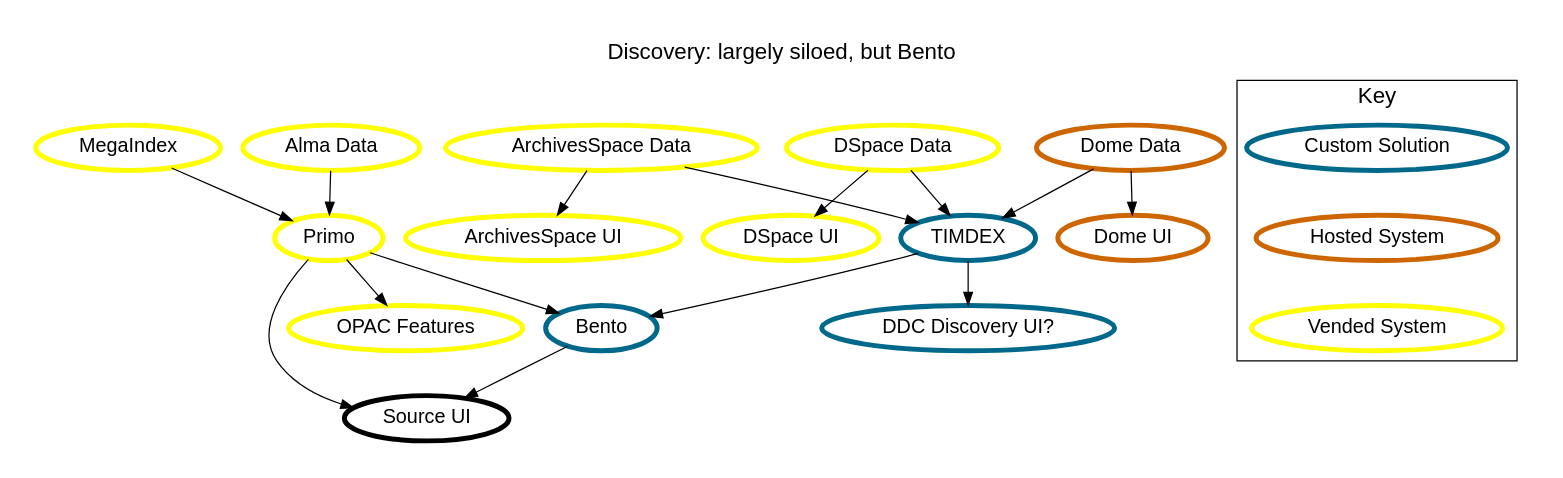
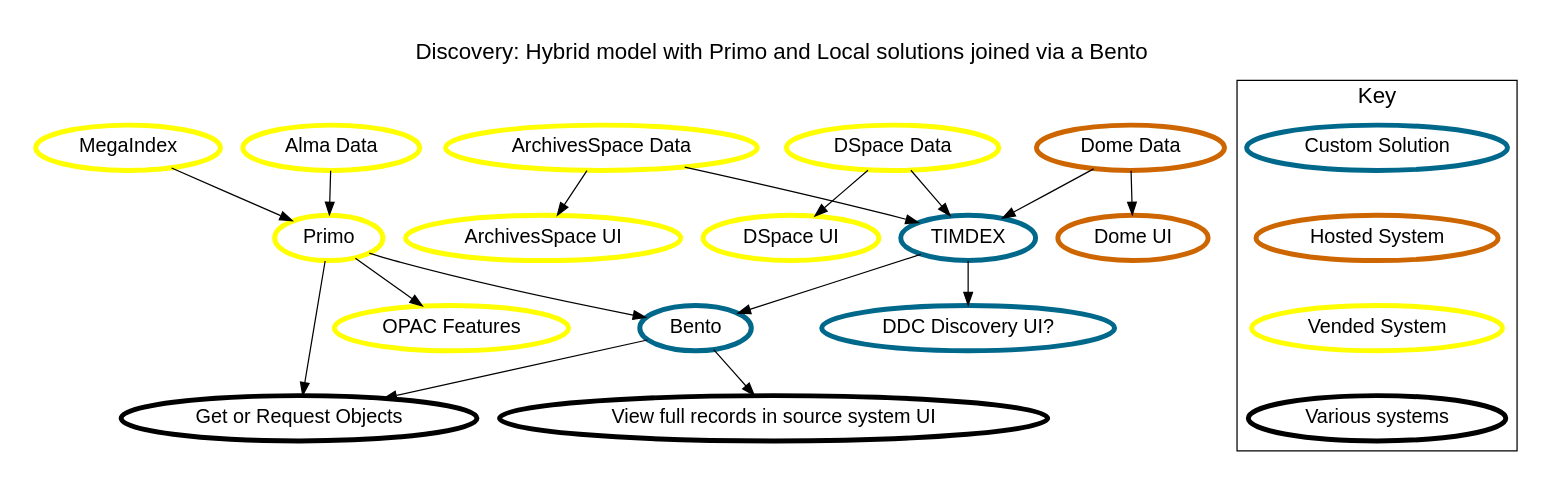
One commit to JPrevost/jprevost.github.io changed the diagram in talks/disco_overview/dots/primo_hybrid.dot. Above: the diagram before and after it, drawn with Graphviz. The commit also changed 1 other file, not shown here.

Commit message:
update hybrid disco image

```diff
--- a/talks/disco_overview/dots/primo_hybrid.dot
+++ b/talks/disco_overview/dots/primo_hybrid.dot
@@ -1,63 +1,67 @@
 // dot timdex_central.dot -Tpng > timdex_central.png
 // requires installation of GraphViz (brew install graphviz, or
 // http://www.graphviz.org/Download..php if that doesn't work)
 
 digraph G {
-  label="Discovery: largely siloed, but Bento";
+  label="Discovery: Hybrid model with Primo and Local solutions joined via a Bento";
   labelloc=t;
   fontname=helvetica;
   fontsize=18;
   node [style=filled, fontname=helvetica, fillcolor=white, penwidth=4, fontsize=16];
   pad=0.3;
 
   "Alma Data" -> Primo
   
   "ArchivesSpace Data" -> "ArchivesSpace UI"
   "DSpace Data" -> "DSpace UI"
   "Dome Data" -> "Dome UI"
 
   "ArchivesSpace Data" -> TIMDEX
   "DSpace Data" -> TIMDEX
   "Dome Data" -> TIMDEX
   TIMDEX -> "DDC Discovery UI?"
   TIMDEX -> Bento
 
   "MegaIndex" -> Primo
 
   "Primo" -> Bento
-  Primo -> "Source UI"
+  Primo -> "Get or Request Objects"
+
+  "Source UI"[label="View full records in source system UI"]
 
   Primo -> "OPAC Features"
   // "OPAC Features" -> "View checked out items"[color=SteelBlue1]
   // "OPAC Features" -> "Renew items"[color=SteelBlue1]
   // "OPAC Features" -> "Pay fines"[color=SteelBlue1]
 
   "Bento" -> "Source UI"
+  "Bento" -> "Get or Request Objects"
 
 
   MegaIndex[color=Yellow1]
   "DSpace Data"[color=Yellow1]
   "DSpace UI"[color=Yellow1]
   "Alma Data"[color=Yellow1]
   Primo[color=Yellow1]
   "OPAC Features"[color=Yellow1]
   "ArchivesSpace Data"[color=Yellow1]
   "ArchivesSpace UI"[color=Yellow1]
 
   "Bento"[color=DeepSkyBlue4]
   "TIMDEX"[color=DeepSkyBlue4]
   "DDC Discovery UI?"[color=DeepSkyBlue4]
 
   "Dome Data"[color=darkorange3]
   "Dome UI"[color=darkorange3]
 
   subgraph clusterLegend {
     label="Key";
     {
+     k5[label="Various systems", color=Black];
      k4[label="Vended System", color=Yellow1];
      k2[label="Hosted System", color=darkorange3];
      k1[label="Custom Solution", color=DeepSkyBlue4]
-     k1 -> k2 -> k4 [style=invis]
+     k1 -> k2 -> k4 -> k5 [style=invis]
      }
   }
 }
```
